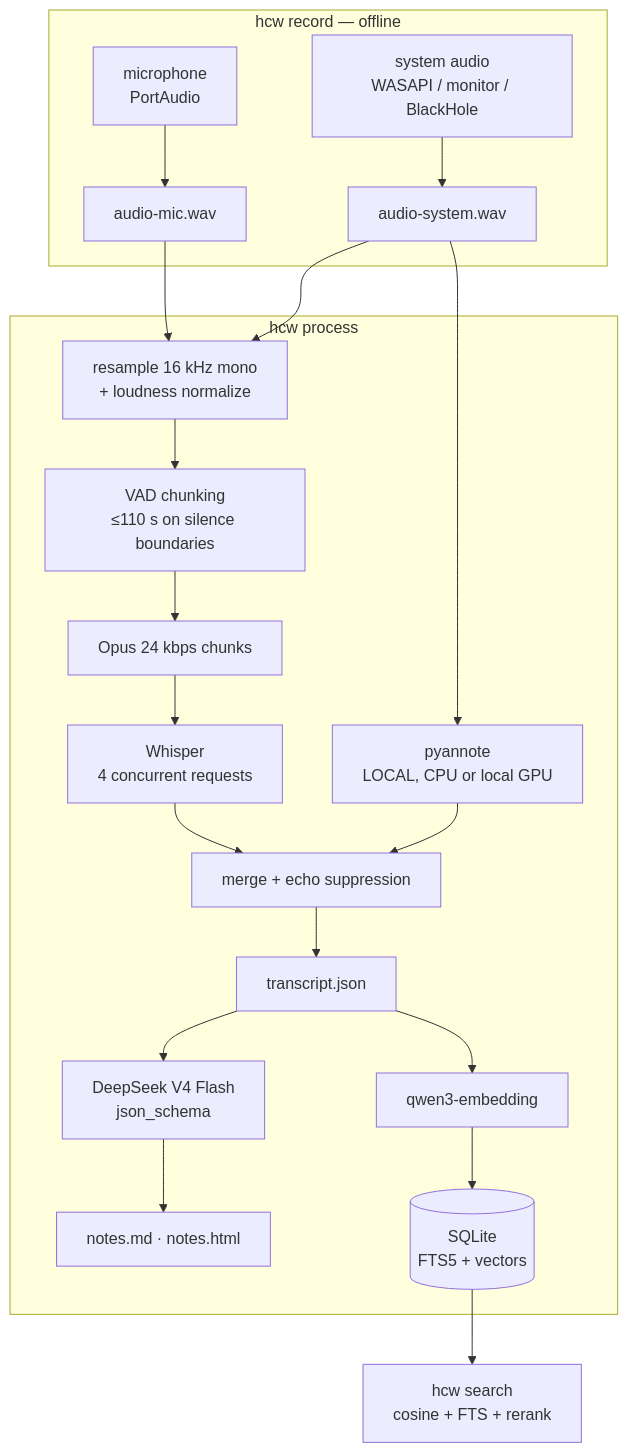
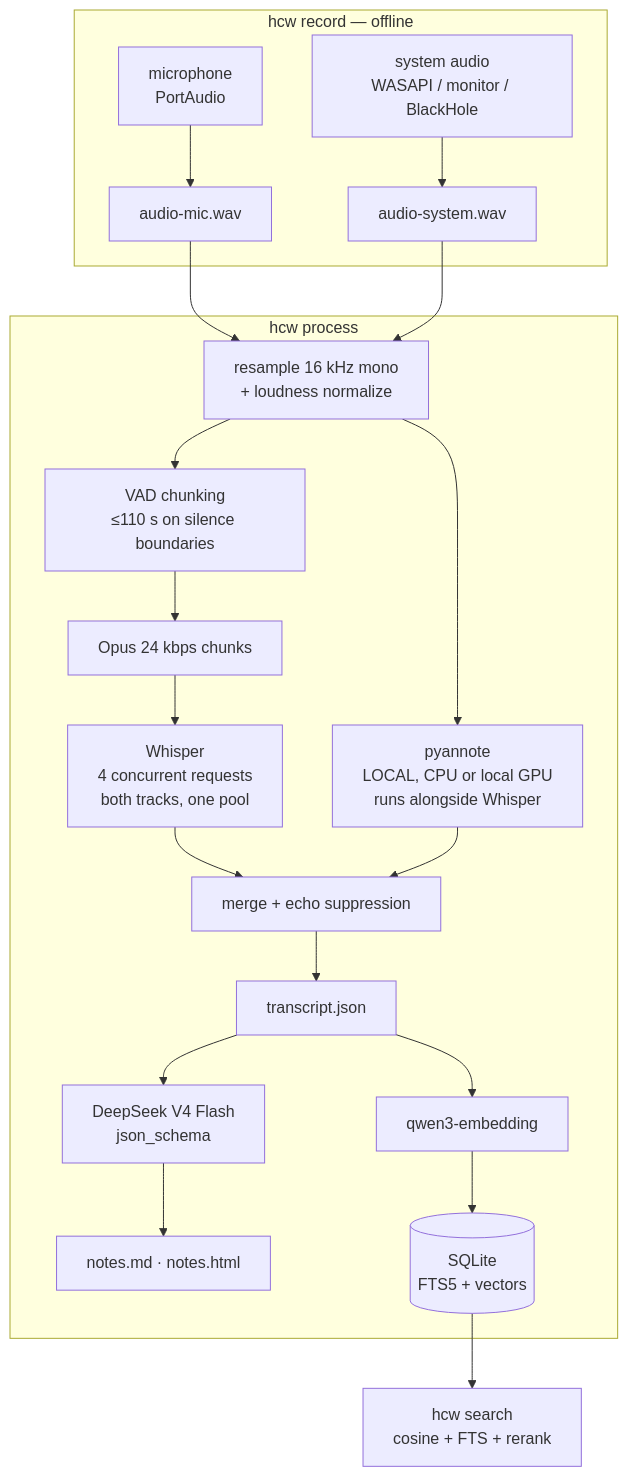
Before and after one commit to helmcode/helmcode-whisper: the diagram in README.md, drawn with Mermaid. The commit also changed other lines of this file and 21 other files, not shown here.

````diff
--- a/README.md
+++ b/README.md
@@ -178,25 +178,25 @@
 ```mermaid
 flowchart TB
     subgraph rec["hcw record — offline"]
         MIC["microphone<br/>PortAudio"] --> MICWAV["audio-mic.wav"]
         SYS["system audio<br/>WASAPI / monitor / BlackHole"] --> SYSWAV["audio-system.wav"]
     end
 
     subgraph proc["hcw process"]
         MICWAV --> PREP["resample 16 kHz mono<br/>+ loudness normalize"]
         SYSWAV --> PREP
         PREP --> VAD["VAD chunking<br/>≤110 s on silence boundaries"]
         VAD --> OPUS["Opus 24 kbps chunks"]
-        OPUS --> STT["Whisper<br/>4 concurrent requests"]
-        SYSWAV --> DIA["pyannote<br/>LOCAL, CPU or local GPU"]
+        OPUS --> STT["Whisper<br/>4 concurrent requests<br/>both tracks, one pool"]
+        PREP --> DIA["pyannote<br/>LOCAL, CPU or local GPU<br/>runs alongside Whisper"]
         STT --> MERGE["merge + echo suppression"]
         DIA --> MERGE
         MERGE --> TRANS["transcript.json"]
         TRANS --> NOTES["DeepSeek V4 Flash<br/>json_schema"]
         TRANS --> EMB["qwen3-embedding"]
         NOTES --> OUT["notes.md · notes.html"]
         EMB --> DB[("SQLite<br/>FTS5 + vectors")]
     end
 
     DB --> SEARCH["hcw search<br/>cosine + FTS + rerank"]
 ```
````
